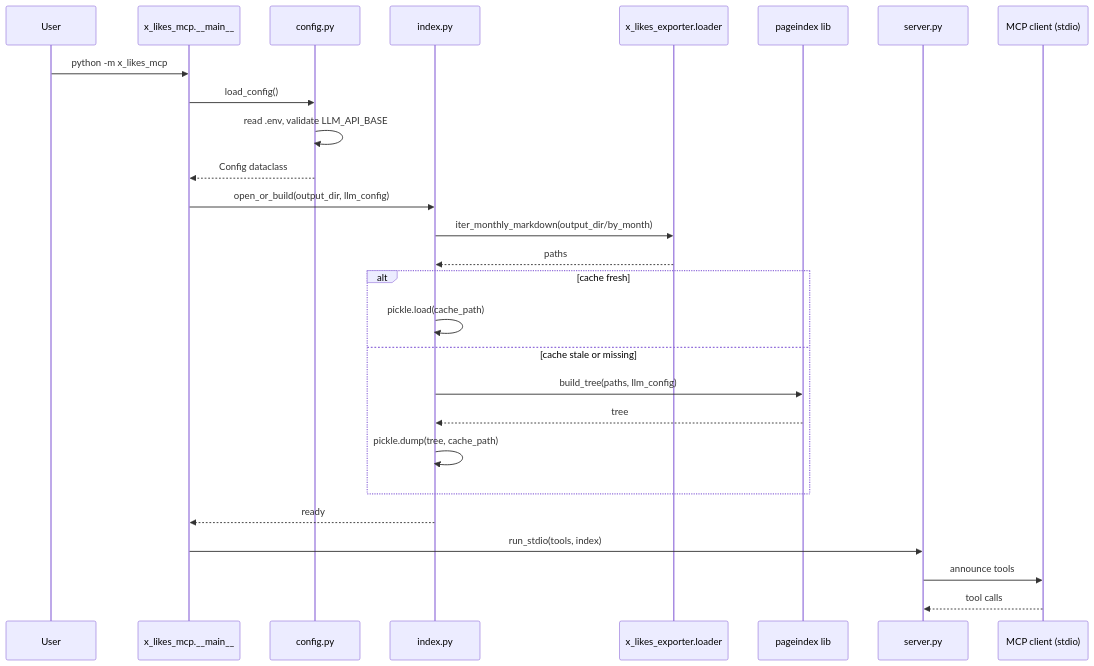
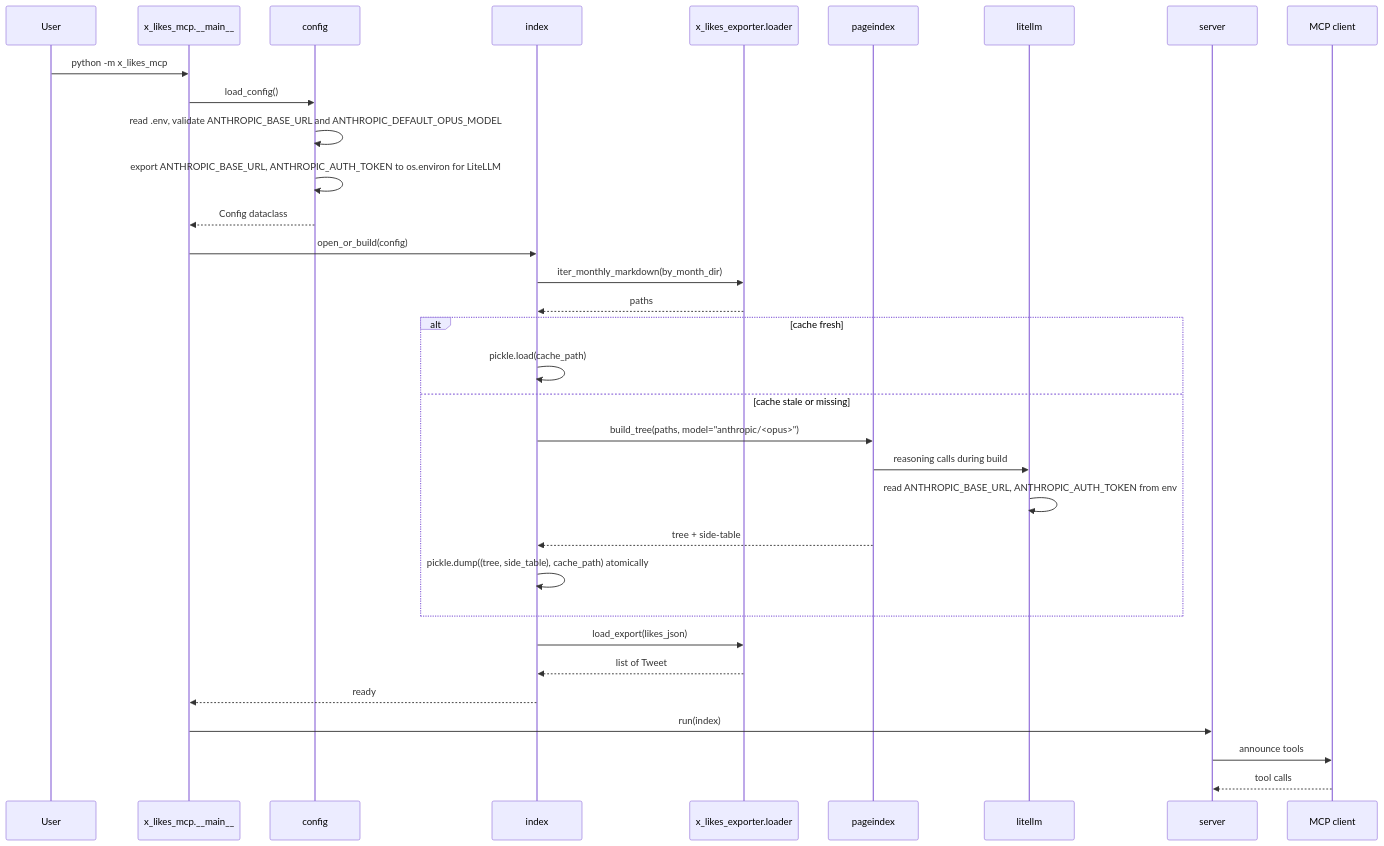
One commit to norandom/x_likes_scraper changed the second of 3 diagrams in .kiro/specs/mcp-pageindex/design.md. Above: the diagram before and after it, drawn with Mermaid. The commit also changed other lines of this file and 3 other files, not shown here.

First line of the commit message:
docs(mcp-pageindex): align spec with Anthropic LiteLLM endpoint and structured filter

````diff
--- a/.kiro/specs/mcp-pageindex/design.md
+++ b/.kiro/specs/mcp-pageindex/design.md
@@ -192,30 +213,36 @@
 ```mermaid
 sequenceDiagram
     participant User
     participant Main as x_likes_mcp.__main__
-    participant Config as config.py
-    participant Index as index.py
+    participant Config as config
+    participant Index as index
     participant Loader as x_likes_exporter.loader
-    participant PageIndex as pageindex lib
-    participant Server as server.py
-    participant MCP as MCP client (stdio)
+    participant PageIndex as pageindex
+    participant LiteLLM as litellm
+    participant Server as server
+    participant MCP as MCP client
 
     User->>Main: python -m x_likes_mcp
     Main->>Config: load_config()
-    Config->>Config: read .env, validate LLM_API_BASE
+    Config->>Config: read .env, validate ANTHROPIC_BASE_URL and ANTHROPIC_DEFAULT_OPUS_MODEL
+    Config->>Config: export ANTHROPIC_BASE_URL, ANTHROPIC_AUTH_TOKEN to os.environ for LiteLLM
     Config-->>Main: Config dataclass
-    Main->>Index: open_or_build(output_dir, llm_config)
-    Index->>Loader: iter_monthly_markdown(output_dir/by_month)
+    Main->>Index: open_or_build(config)
+    Index->>Loader: iter_monthly_markdown(by_month_dir)
     Loader-->>Index: paths
     alt cache fresh
         Index->>Index: pickle.load(cache_path)
     else cache stale or missing
-        Index->>PageIndex: build_tree(paths, llm_config)
-        PageIndex-->>Index: tree
-        Index->>Index: pickle.dump(tree, cache_path)
+        Index->>PageIndex: build_tree(paths, model="anthropic/<opus>")
+        PageIndex->>LiteLLM: reasoning calls during build
+        LiteLLM->>LiteLLM: read ANTHROPIC_BASE_URL, ANTHROPIC_AUTH_TOKEN from env
+        PageIndex-->>Index: tree + side-table
+        Index->>Index: pickle.dump((tree, side_table), cache_path) atomically
     end
+    Index->>Loader: load_export(likes_json)
+    Loader-->>Index: list of Tweet
     Index-->>Main: ready
-    Main->>Server: run_stdio(tools, index)
+    Main->>Server: run(index)
     Server->>MCP: announce tools
     MCP-->>Server: tool calls
 ```
````
